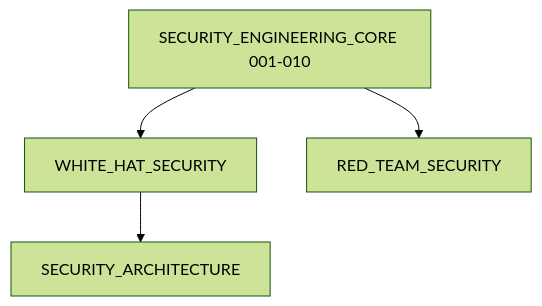
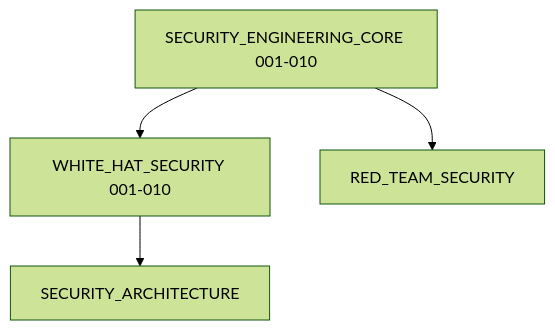
The diagram in CyberSecurity_Python/README.md (LIKITH-3012-MAC/Complete-Python-3-oops-also-), drawn with Mermaid (forest theme) before and after one commit. The commit also changed other lines of this file and 12 other files, not shown here.

Commit message:
Add White Hat Security Defensive Engineering series (001-010) with 10 notebooks, folder README, and root README updates

````diff
--- a/CyberSecurity_Python/README.md
+++ b/CyberSecurity_Python/README.md
@@ -8,6 +8,6 @@
 ```mermaid
 graph TD
-    A[SECURITY_ENGINEERING_CORE 001-010] --> B[WHITE_HAT_SECURITY]
+    A[SECURITY_ENGINEERING_CORE 001-010] --> B[WHITE_HAT_SECURITY 001-010]
     A --> C[RED_TEAM_SECURITY]
     B --> D[SECURITY_ARCHITECTURE]
 ```
````
